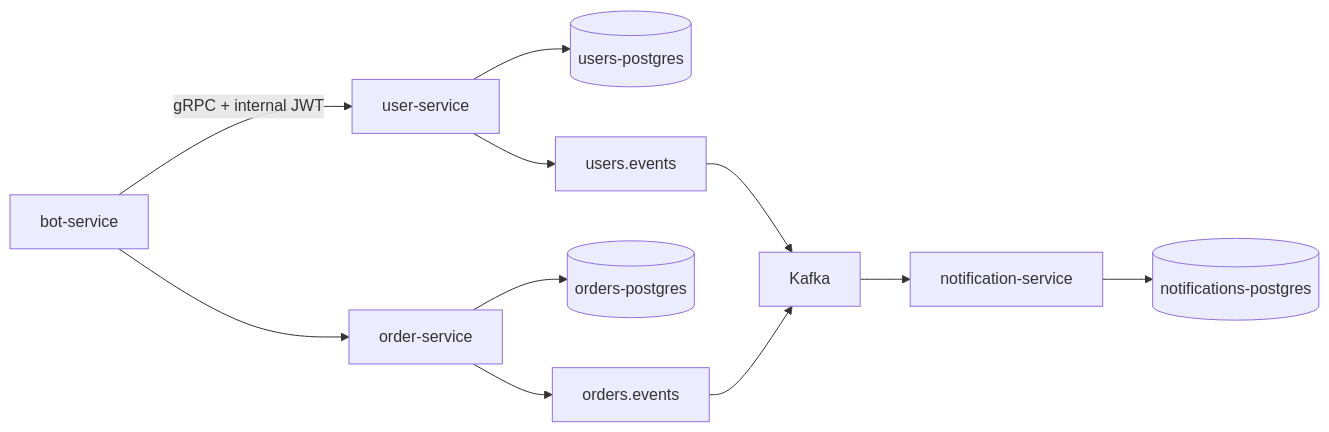
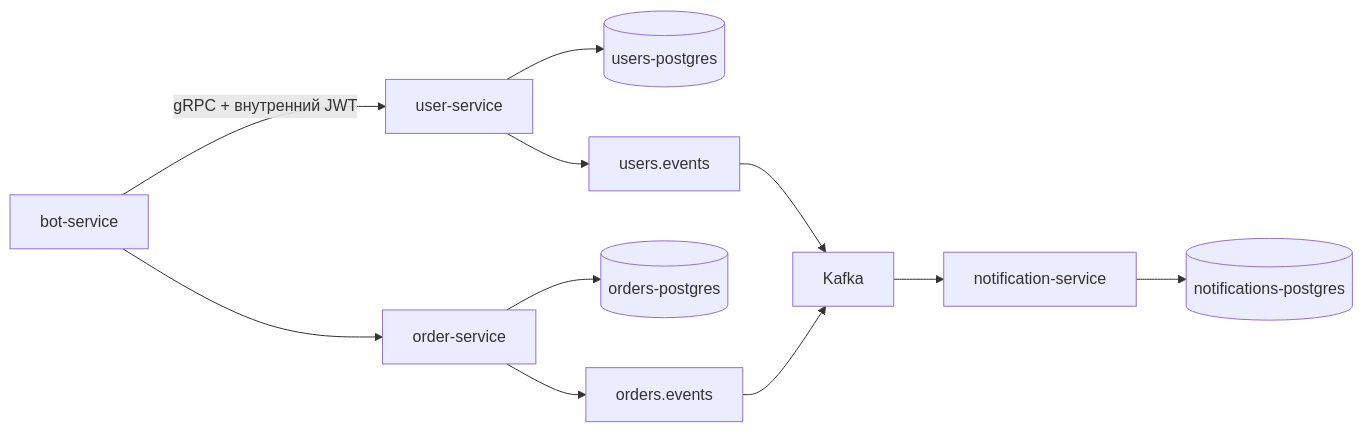
Before and after one commit to KrantGit/AgencyBot: the diagram in README.md, drawn with Mermaid. The commit also changed other lines of this file, not shown here.

````diff
--- a/README.md
+++ b/README.md
@@ -5,13 +5,13 @@
 ```mermaid
 flowchart LR
-  Bot[bot-service] -->|gRPC + internal JWT| User[user-service]
+  Bot[bot-service] -->|gRPC + внутренний JWT| User[user-service]
   Bot --> Order[order-service]
   User --> UP[(users-postgres)]
   Order --> OP[(orders-postgres)]
   User --> Outbox[users.events]
   Order --> Outbox2[orders.events]
   Outbox --> Kafka
   Outbox2 --> Kafka
   Kafka --> Notify[notification-service]
   Notify --> NP[(notifications-postgres)]
 ```
````
